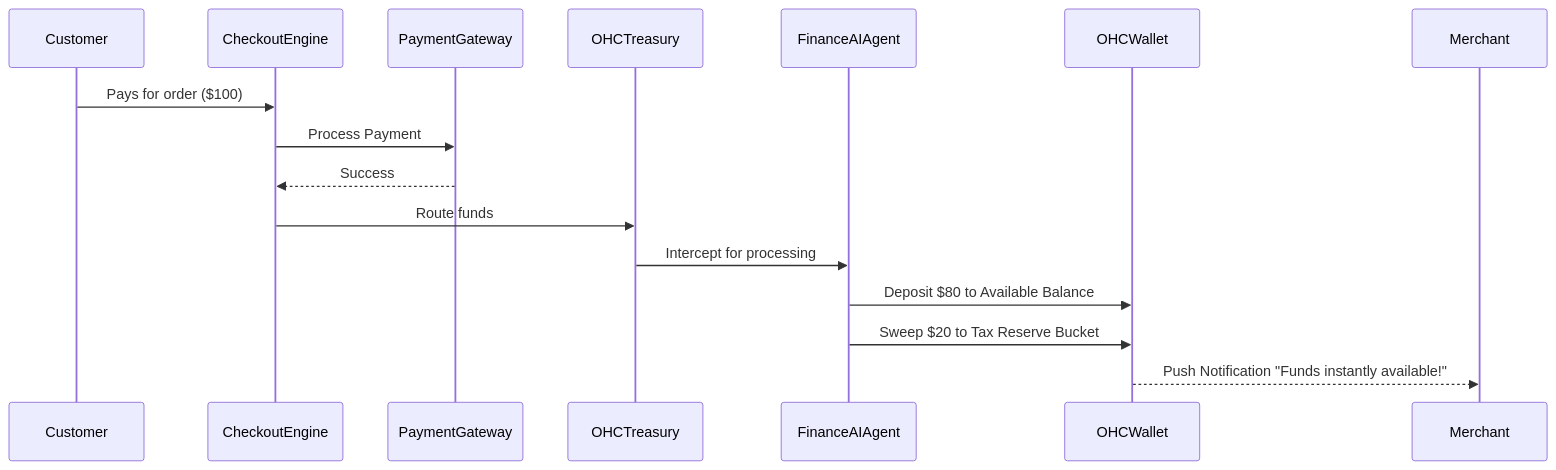
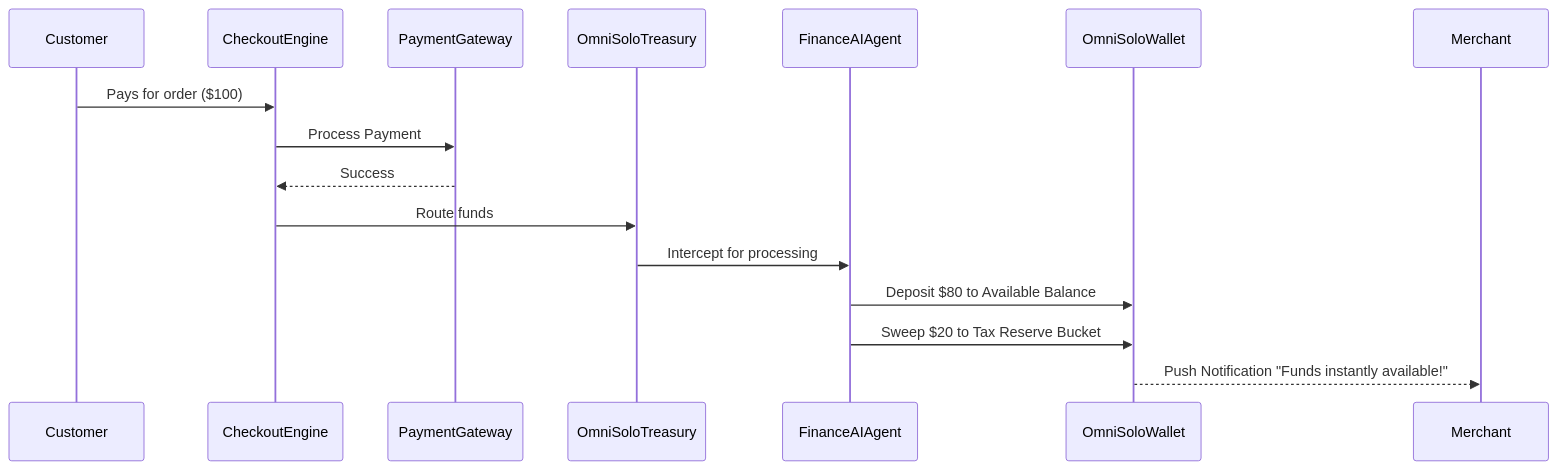
One commit to omnisolo-llc/onehumancorp changed the second of 2 diagrams in docs/research/[architecture]_autonomous_treasury_and_instant_payout_wallet.md. Above: the diagram before and after it, drawn with Mermaid. The commit also changed other lines of this file and 2191 other files, not shown here.

Commit message:
feat: complete OmniSolo rename and browser audit

````diff
--- a/docs/research/[architecture]_autonomous_treasury_and_instant_payout_wallet.md
+++ b/docs/research/[architecture]_autonomous_treasury_and_instant_payout_wallet.md
@@ -60,18 +60,18 @@
 ```mermaid
 sequenceDiagram
     participant Customer
     participant CheckoutEngine
     participant PaymentGateway
-    participant OHCTreasury
+    participant OmniSoloTreasury
     participant FinanceAIAgent
-    participant OHCWallet
+    participant OmniSoloWallet
 
     Customer->>CheckoutEngine: Pays for order ($100)
     CheckoutEngine->>PaymentGateway: Process Payment
     PaymentGateway-->>CheckoutEngine: Success
-    CheckoutEngine->>OHCTreasury: Route funds
-    OHCTreasury->>FinanceAIAgent: Intercept for processing
-    FinanceAIAgent->>OHCWallet: Deposit $80 to Available Balance
-    FinanceAIAgent->>OHCWallet: Sweep $20 to Tax Reserve Bucket
-    OHCWallet-->>Merchant: Push Notification "Funds instantly available!"
+    CheckoutEngine->>OmniSoloTreasury: Route funds
+    OmniSoloTreasury->>FinanceAIAgent: Intercept for processing
+    FinanceAIAgent->>OmniSoloWallet: Deposit $80 to Available Balance
+    FinanceAIAgent->>OmniSoloWallet: Sweep $20 to Tax Reserve Bucket
+    OmniSoloWallet-->>Merchant: Push Notification "Funds instantly available!"
 ```
````
